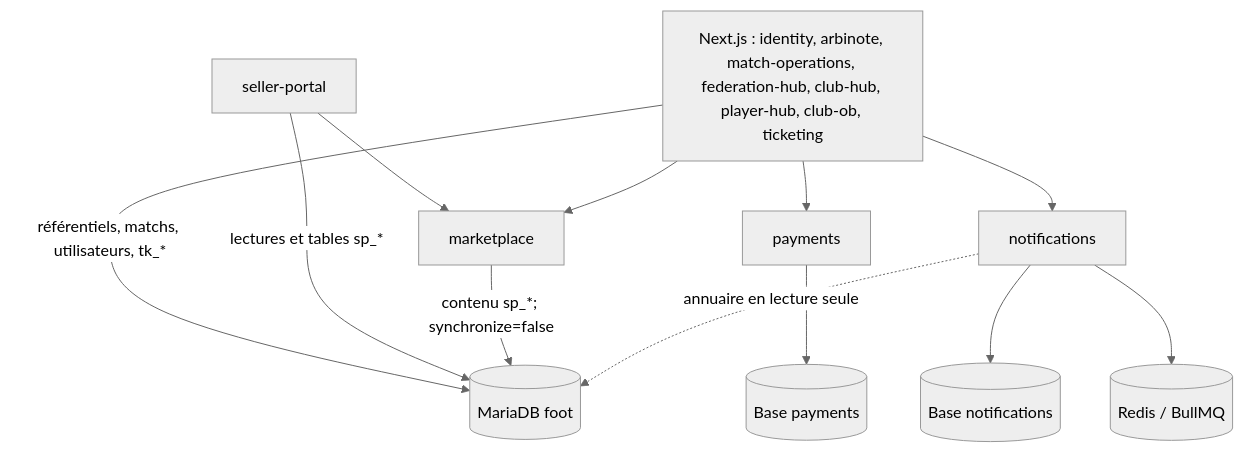
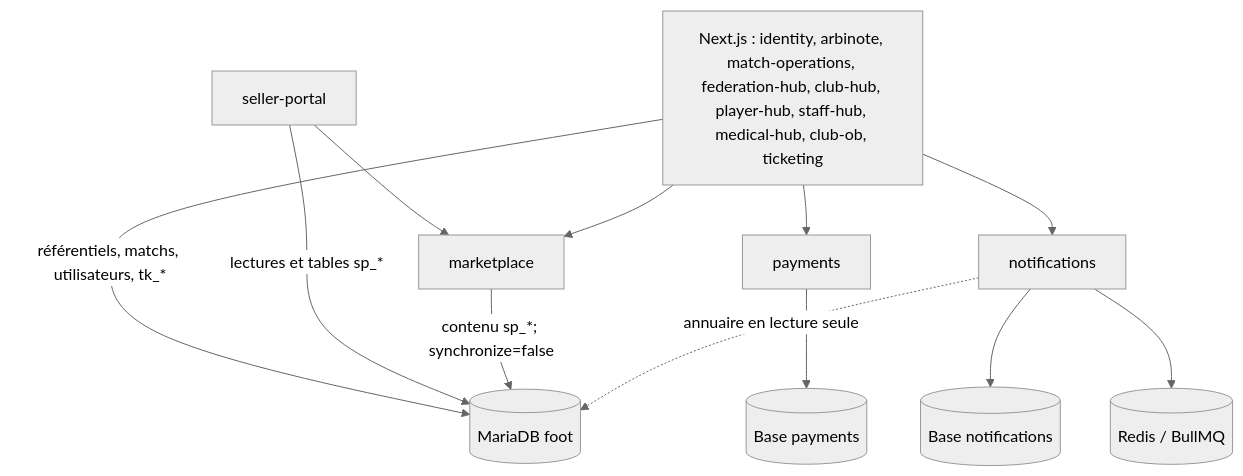
Before and after one commit to brahmiamine/foot: the diagram in README.md, drawn with Mermaid (neutral theme). The commit also changed other lines of this file and 56 other files, not shown here.

````diff
--- a/README.md
+++ b/README.md
@@ -84,25 +85,25 @@
 ```mermaid
 flowchart TB
   Shared[(MariaDB foot)]
   Payment[(Base payments)]
   Notification[(Base notifications)]
   Redis[(Redis / BullMQ)]
 
-  Next[Next.js : identity, arbinote, match-operations, federation-hub, club-hub, player-hub, club-ob, ticketing]
+  Next[Next.js : identity, arbinote, match-operations, federation-hub, club-hub, player-hub, staff-hub, medical-hub, club-ob, ticketing]
   Seller[seller-portal]
   Market[marketplace]
   Pay[payments]
   Notify[notifications]
 
   Next -->|référentiels, matchs, utilisateurs, tk_*| Shared
   Seller -->|lectures et tables sp_*| Shared
   Market -->|contenu sp_*; synchronize=false| Shared
   Pay --> Payment
   Notify --> Notification
   Notify --> Redis
   Notify -.->|annuaire en lecture seule| Shared
   Next --> Pay
   Next --> Notify
   Seller --> Market
   Next --> Market
 ```
````
